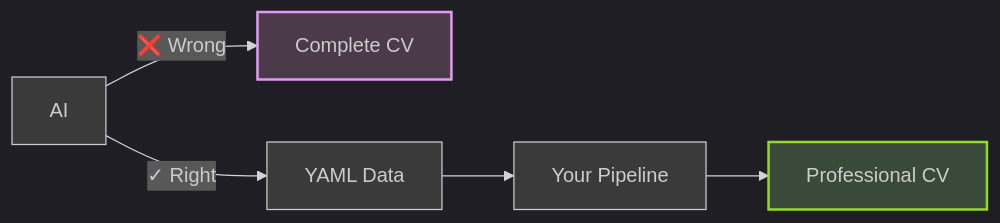
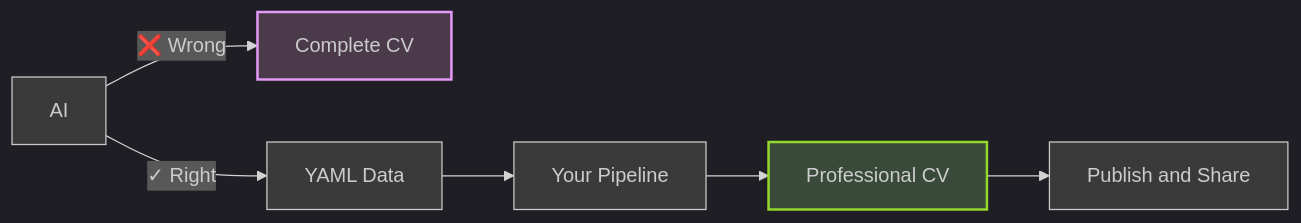
One commit to acudworth3/atc-hosted-resumes changed the first of 2 diagrams in README.md. Above: the diagram before and after it, drawn with Mermaid.

Commit message:
Auto-commit Mon Apr  6 13:08:54 EDT 2026

````diff
--- a/README.md
+++ b/README.md
@@ -17,11 +17,12 @@
 ```mermaid
 %%{init: {"theme": "dark", "themeVariables": {"darkMode": true, "background": "#2b2b2b", "mainBkg": "#3a3a3a", "secondBkg": "#4a4a4a"}}}%%
 graph LR
     A[AI] -->|❌ Wrong| B[Complete CV]
     A -->|✓ Right| C[YAML Data]
     C --> D[Your Pipeline]
     D --> E[Professional CV]
+    E --> F[Publish and Share]
 
     style B fill:#4a3a4a,stroke:#e599f7,stroke-width:2px
     style E fill:#3a4a3a,stroke:#94d82d,stroke-width:2px
 ```
````
